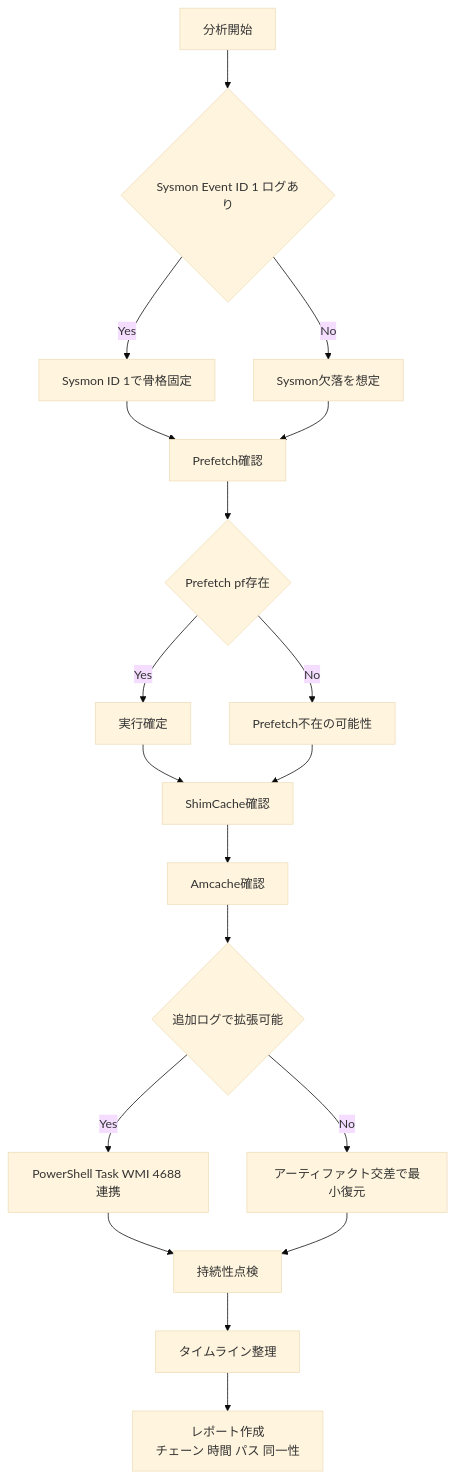
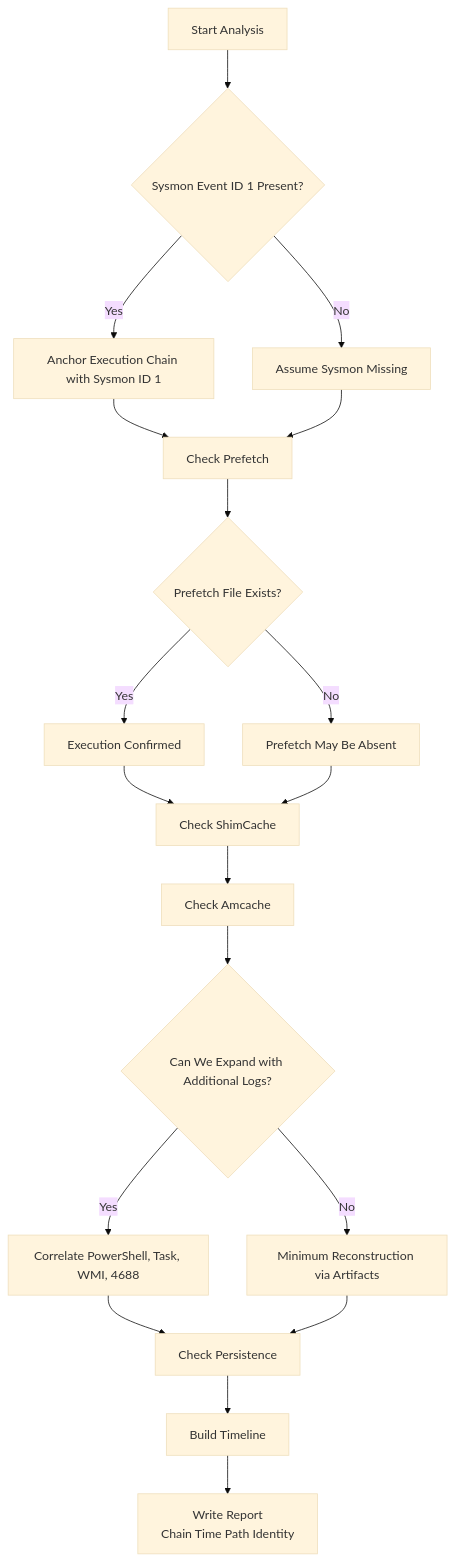
Before and after one commit to qubitsec/blog: the diagram in content/en/tech/shimcache_prefetch_comparison.md, drawn with Mermaid (base theme). The commit also changed other lines of this file, not shown here.

````diff
--- a/content/en/tech/shimcache_prefetch_comparison.md
+++ b/content/en/tech/shimcache_prefetch_comparison.md
@@ -40,29 +40,30 @@
 ```mermaid
 flowchart TD
-  A[分析開始] --> B{Sysmon Event ID 1 ログあり}
+  A[Start Analysis] --> B{Sysmon Event ID 1 Present?}
 
-  B -->|Yes| C[Sysmon ID 1で骨格固定]
-  B -->|No| C2[Sysmon欠落を想定]
+  B -->|Yes| C[Anchor Execution Chain with Sysmon ID 1]
+  B -->|No| C2[Assume Sysmon Missing]
 
-  C --> D[Prefetch確認]
+  C --> D[Check Prefetch]
   C2 --> D
 
-  D --> E{Prefetch pf存在}
-  E -->|Yes| F[実行確定]
-  E -->|No| F2[Prefetch不在の可能性]
+  D --> E{Prefetch File Exists?}
+  E -->|Yes| F[Execution Confirmed]
+  E -->|No| F2[Prefetch May Be Absent]
 
-  F --> G[ShimCache確認]
+  F --> G[Check ShimCache]
   F2 --> G
 
-  G --> H[Amcache確認]
+  G --> H[Check Amcache]
 
-  H --> I{追加ログで拡張可能}
-  I -->|Yes| J[PowerShell Task WMI 4688 連携]
-  I -->|No| K[アーティファクト交差で最小復元]
+  H --> I{Can We Expand with Additional Logs?}
+  I -->|Yes| J[Correlate PowerShell, Task, WMI, 4688]
+  I -->|No| K[Minimum Reconstruction via Artifacts]
 
-  J --> L[持続性点検]
+  J --> L[Check Persistence]
   K --> L
 
-  L --> M[タイムライン整理]
-  M --> N[レポート作成\nチェーン 時間 パス 同一性]
+  L --> M[Build Timeline]
+  M --> N[Write Report
+Chain Time Path Identity]
 ```
````
